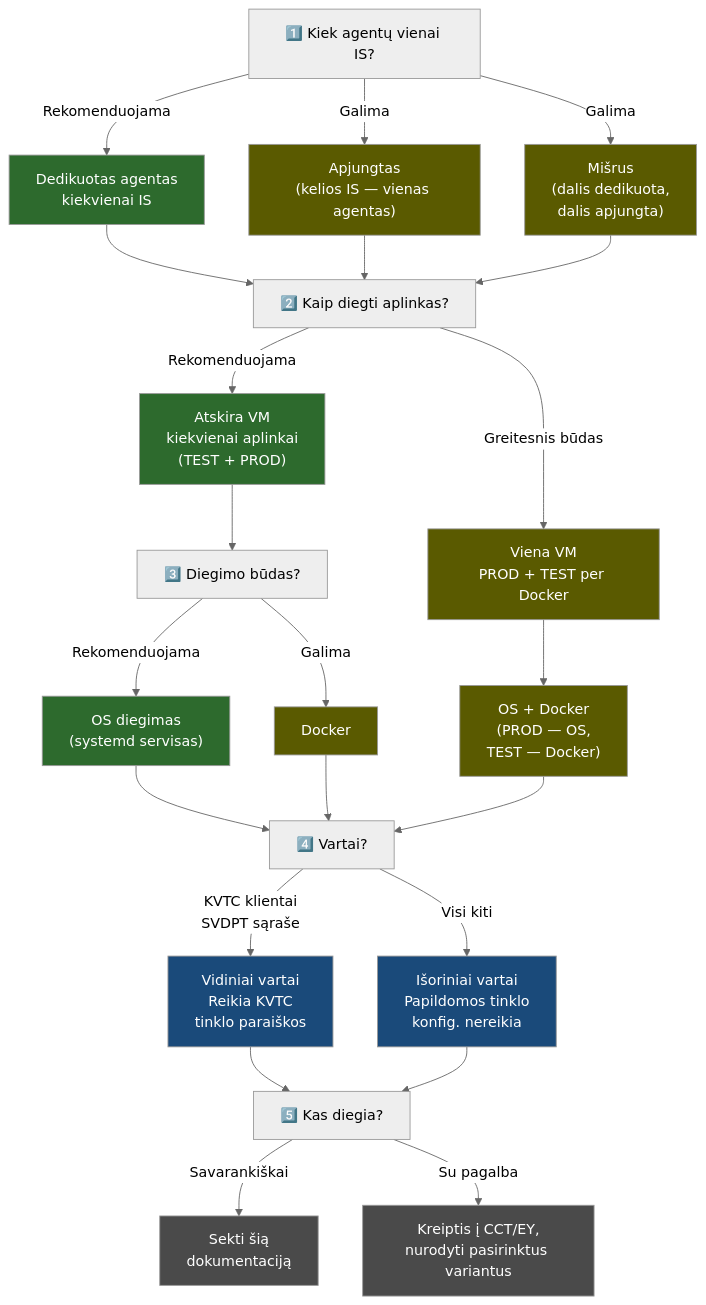
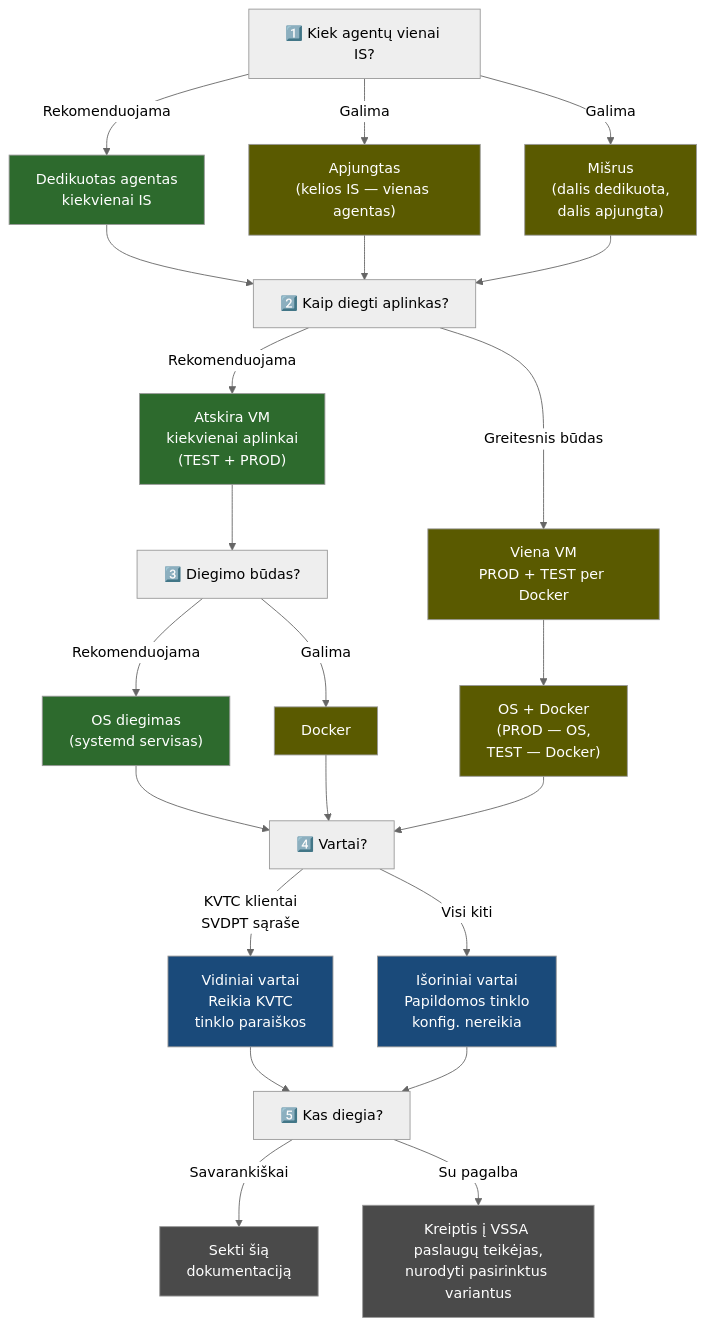
One commit to atviriduomenys/spinta changed the diagram in docs/lt/agentas/sprendimai.md. Above: the diagram before and after it, drawn with Mermaid (neutral theme). The commit also changed other lines of this file, not shown here.

Commit message:
docs: CCT/EY pakeista į VSSA paslaugų teikėjas

````diff
--- a/docs/lt/agentas/sprendimai.md
+++ b/docs/lt/agentas/sprendimai.md
@@ -5,44 +5,44 @@
 ```{mermaid}
 flowchart TD
     Q1["1️⃣ Kiek agentų vienai IS?"]
     Q1 -->|"Rekomenduojama"| A1["Dedikuotas agentas<br/>kiekvienai IS"]
     Q1 -->|"Galima"| A2["Apjungtas<br/>(kelios IS — vienas agentas)"]
     Q1 -->|"Galima"| A3["Mišrus<br/>(dalis dedikuota,<br/>dalis apjungta)"]
 
     A1 & A2 & A3 --> Q2
 
     Q2["2️⃣ Kaip diegti aplinkas?"]
     Q2 -->|"Rekomenduojama"| B1["Atskira VM<br/>kiekvienai aplinkai<br/>(TEST + PROD)"]
     Q2 -->|"Greitesnis būdas"| B2["Viena VM<br/>PROD + TEST per Docker"]
 
     B1 --> Q3A["3️⃣ Diegimo būdas?"]
     Q3A -->|"Rekomenduojama"| C1["OS diegimas<br/>(systemd servisas)"]
     Q3A -->|"Galima"| C2["Docker"]
 
     B2 --> C3["OS + Docker<br/>(PROD — OS,<br/>TEST — Docker)"]
 
     C1 & C2 & C3 --> Q4
 
     Q4["4️⃣ Vartai?"]
     Q4 -->|"KVTC klientai<br/>SVDPT sąraše"| D1["Vidiniai vartai<br/>Reikia KVTC<br/>tinklo paraiškos"]
     Q4 -->|"Visi kiti"| D2["Išoriniai vartai<br/>Papildomos tinklo<br/>konfig. nereikia"]
 
     D1 & D2 --> Q5
 
     Q5["5️⃣ Kas diegia?"]
     Q5 -->|"Savarankiškai"| E1["Sekti šią<br/>dokumentaciją"]
-    Q5 -->|"Su pagalba"| E2["Kreiptis į CCT/EY,<br/>nurodyti pasirinktus variantus"]
+    Q5 -->|"Su pagalba"| E2["Kreiptis į VSSA paslaugų teikėjas,<br/>nurodyti pasirinktus variantus"]
 
     style A1 fill:#2d6a2d,color:#fff
     style B1 fill:#2d6a2d,color:#fff
     style C1 fill:#2d6a2d,color:#fff
     style A2 fill:#5a5a00,color:#fff
     style A3 fill:#5a5a00,color:#fff
     style B2 fill:#5a5a00,color:#fff
     style C2 fill:#5a5a00,color:#fff
     style C3 fill:#5a5a00,color:#fff
     style D1 fill:#1a4a7a,color:#fff
     style D2 fill:#1a4a7a,color:#fff
     style E1 fill:#4a4a4a,color:#fff
     style E2 fill:#4a4a4a,color:#fff
 ```
````
